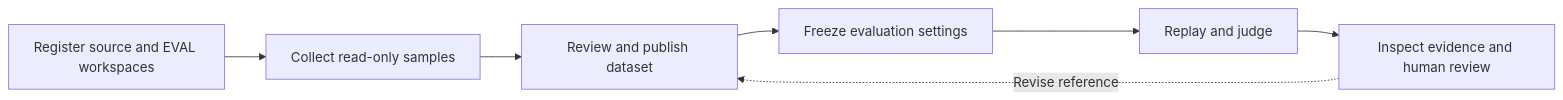
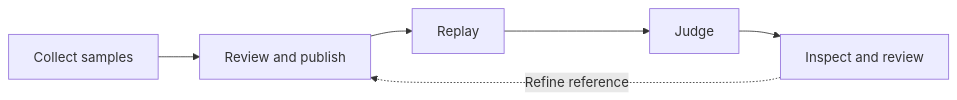
The diagram in README.md (3ChatAI-NCT/3chatai-agent-eval), drawn with Mermaid before and after one commit. The commit also changed other lines of this file and 5 other files, not shown here.

````diff
--- a/README.md
+++ b/README.md
@@ -35,9 +42,8 @@
 ```mermaid
 flowchart LR
-    A[Register source and EVAL workspaces] --> B[Collect read-only samples]
-    B --> C[Review and publish dataset]
-    C --> D[Freeze evaluation settings]
-    D --> E[Replay and judge]
-    E --> F[Inspect evidence and human review]
-    F -. Revise reference .-> C
+    A[Collect samples] --> B[Review and publish]
+    B --> C[Replay]
+    C --> D[Judge]
+    D --> E[Inspect and review]
+    E -. Refine reference .-> B
 ```
````
